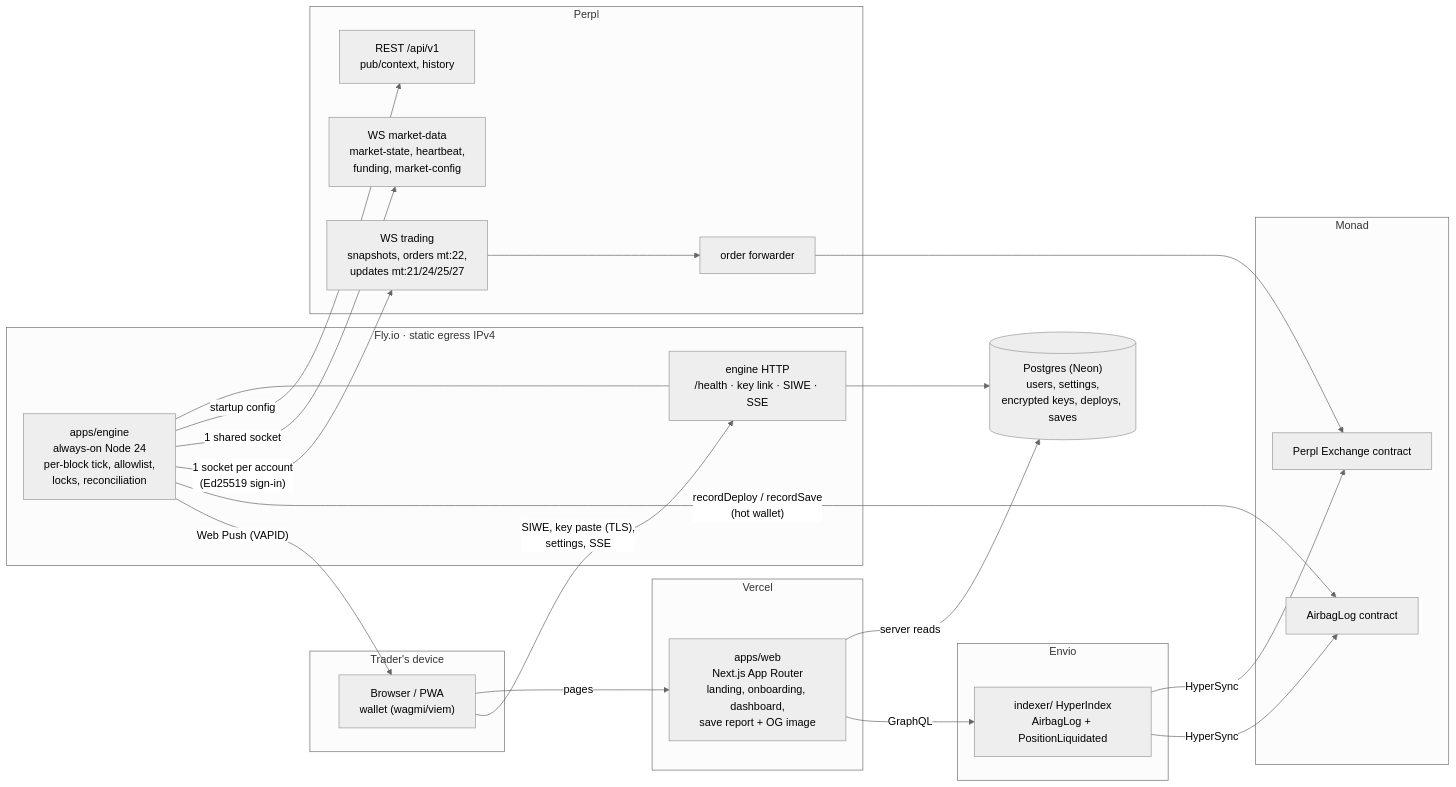
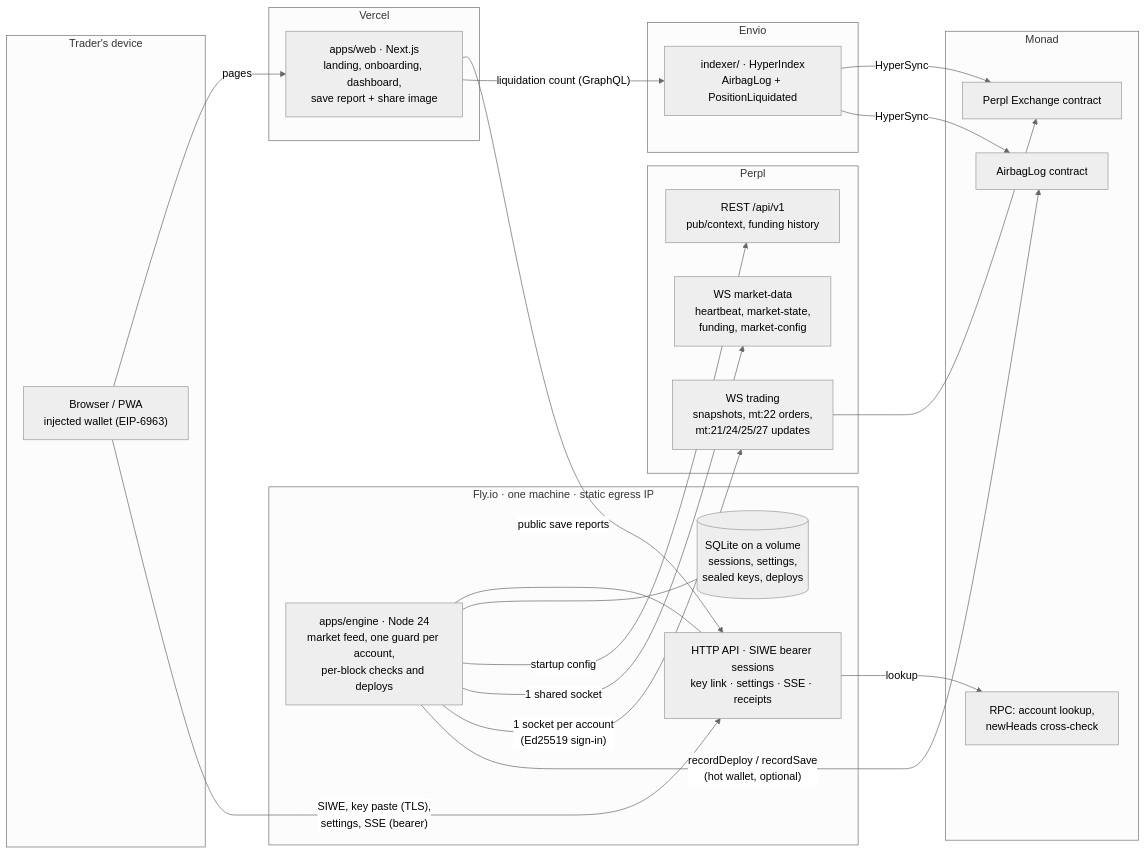
One commit to 0xuser64bit/airbag changed the first of 2 diagrams in docs/ARCHITECTURE.md. Above: the diagram before and after it, drawn with Mermaid (neutral theme). The commit also changed other lines of this file and 13 other files, not shown here.

First line of the commit message:
docs: ADRs 0010-0013, architecture, security and deploy runbook, README

````diff
--- a/docs/ARCHITECTURE.md
+++ b/docs/ARCHITECTURE.md
@@ -7,48 +7,47 @@
 ```mermaid
 flowchart LR
   subgraph User["Trader's device"]
-    B["Browser / PWA<br/>wallet (wagmi/viem)"]
+    B["Browser / PWA<br/>injected wallet (EIP-6963)"]
   end
 
   subgraph Vercel
-    W["apps/web<br/>Next.js App Router<br/>landing, onboarding, dashboard,<br/>save report + OG image"]
+    W["apps/web · Next.js<br/>landing, onboarding, dashboard,<br/>save report + share image"]
   end
 
-  subgraph Fly["Fly.io · static egress IPv4"]
-    E["apps/engine<br/>always-on Node 24<br/>per-block tick, allowlist,<br/>locks, reconciliation"]
-    API["engine HTTP<br/>/health · key link · SIWE · SSE"]
+  subgraph Fly["Fly.io · one machine · static egress IP"]
+    E["apps/engine · Node 24<br/>market feed, one guard per account,<br/>per-block checks and deploys"]
+    API["HTTP API · SIWE bearer sessions<br/>key link · settings · SSE · receipts"]
+    DB[("SQLite on a volume<br/>sessions, settings,<br/>sealed keys, deploys")]
     E --- API
+    E --- DB
   end
 
-  DB[("Postgres (Neon)<br/>users, settings,<br/>encrypted keys, deploys, saves")]
-
   subgraph Perpl
-    PR["REST /api/v1<br/>pub/context, history"]
-    MD["WS market-data<br/>market-state, heartbeat,<br/>funding, market-config"]
-    TR["WS trading<br/>snapshots, orders mt:22,<br/>updates mt:21/24/25/27"]
-    FWD["order forwarder"]
+    PR["REST /api/v1<br/>pub/context, funding history"]
+    MD["WS market-data<br/>heartbeat, market-state,<br/>funding, market-config"]
+    TR["WS trading<br/>snapshots, mt:22 orders,<br/>mt:21/24/25/27 updates"]
   end
 
   subgraph Monad
     EX["Perpl Exchange contract"]
     LOG["AirbagLog contract"]
+    RPC["RPC: account lookup,<br/>newHeads cross-check"]
   end
 
   subgraph Envio
-    IDX["indexer/ HyperIndex<br/>AirbagLog + PositionLiquidated"]
+    IDX["indexer/ · HyperIndex<br/>AirbagLog + PositionLiquidated"]
   end
 
   B -- "pages" --> W
-  B -- "SIWE, key paste (TLS),<br/>settings, SSE" --> API
-  W -- "server reads" --> DB
-  API --> DB
+  B -- "SIWE, key paste (TLS),<br/>settings, SSE (bearer)" --> API
+  W -- "public save reports" --> API
+  W -- "liquidation count (GraphQL)" --> IDX
   E -- "startup config" --> PR
   E -- "1 shared socket" --> MD
   E -- "1 socket per account<br/>(Ed25519 sign-in)" --> TR
-  TR --> FWD --> EX
-  E -- "recordDeploy / recordSave<br/>(hot wallet)" --> LOG
+  TR --> EX
+  E -- "recordDeploy / recordSave<br/>(hot wallet, optional)" --> LOG
+  API -- "lookup" --> RPC
   IDX -- "HyperSync" --> EX
   IDX -- "HyperSync" --> LOG
-  W -- "GraphQL" --> IDX
-  E -- "Web Push (VAPID)" --> B
 ```
````
